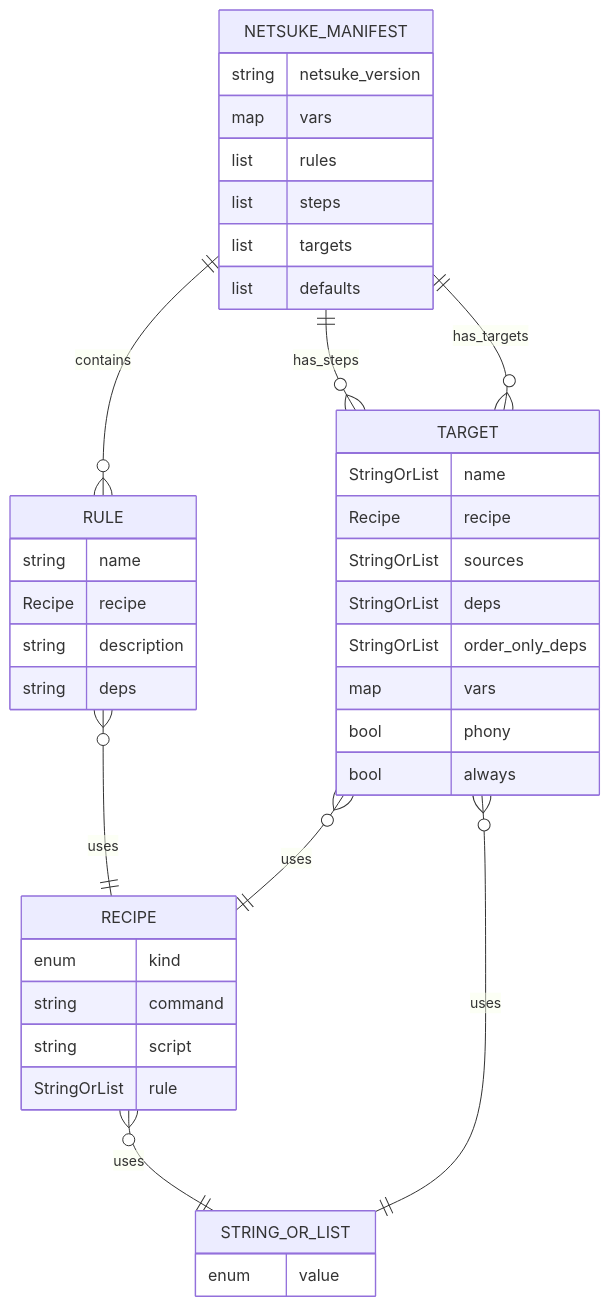
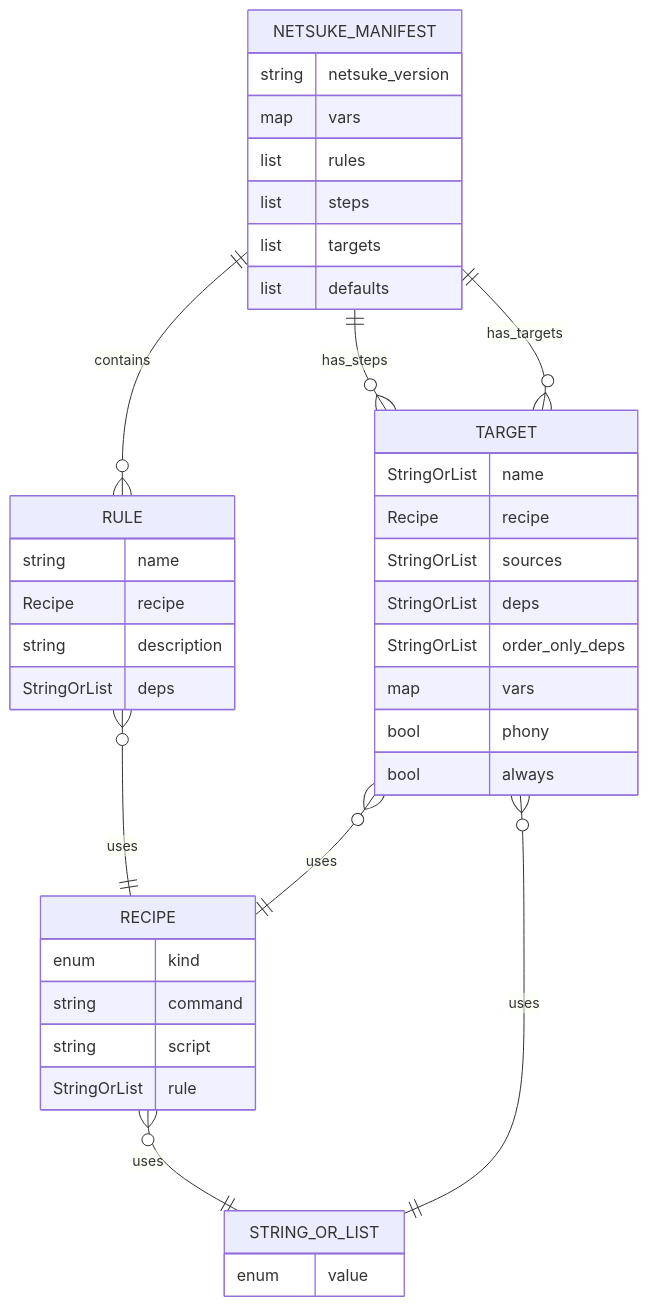
Before and after one commit to leynos/netsuke: the second of 2 diagrams in docs/netsuke-design.md, drawn with Mermaid. The commit also changed other lines of this file and 2 other files, not shown here.

Commit message:
Standardise deps field and sync docs

````diff
--- a/docs/netsuke-design.md
+++ b/docs/netsuke-design.md
@@ -190,43 +190,43 @@
 ```mermaid
 erDiagram
     NETSUKE_MANIFEST {
         string netsuke_version
         map vars
         list rules
         list steps
         list targets
         list defaults
     }
     RULE {
         string name
         Recipe recipe
         string description
-        string deps
+        StringOrList deps
     }
     TARGET {
         StringOrList name
         Recipe recipe
         StringOrList sources
         StringOrList deps
         StringOrList order_only_deps
         map vars
         bool phony
         bool always
     }
     RECIPE {
         enum kind
         string command
         string script
         StringOrList rule
     }
     STRING_OR_LIST {
         enum value
     }
     NETSUKE_MANIFEST ||--o{ RULE : contains
     NETSUKE_MANIFEST ||--o{ TARGET : has_steps
     NETSUKE_MANIFEST ||--o{ TARGET : has_targets
     RULE }o--|| RECIPE : uses
     TARGET }o--|| RECIPE : uses
     TARGET }o--|| STRING_OR_LIST : uses
     RECIPE }o--|| STRING_OR_LIST : uses
 ```
````
